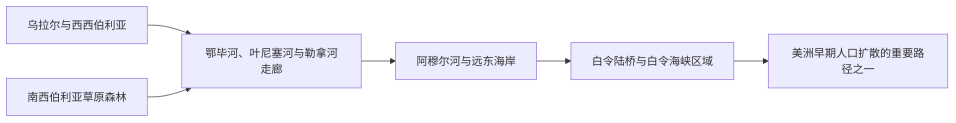
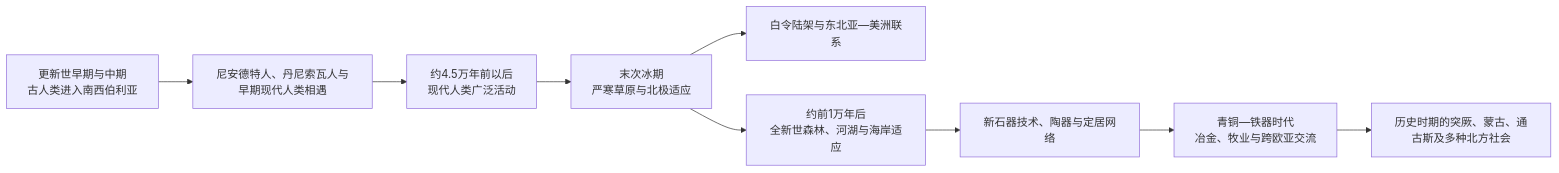
One commit to tianlan-dev/learning-notes changed the diagram in 人文科学/历史/北亚/_通史/北亚自然地理、考古与早期人口.md. Above: the diagram before and after it, drawn with Mermaid. The commit also changed other lines of this file and 1417 other files, not shown here.

````diff
--- a/人文科学/历史/北亚/_通史/北亚自然地理、考古与早期人口.md
+++ b/人文科学/历史/北亚/_通史/北亚自然地理、考古与早期人口.md
@@ -18,8 +34,11 @@
 ```mermaid
 flowchart LR
-    West["乌拉尔与西西伯利亚"] --> Rivers["鄂毕河、叶尼塞河与勒拿河走廊"]
-    South["南西伯利亚草原森林"] --> Rivers
-    Rivers --> FarEast["阿穆尔河与远东海岸"]
-    FarEast --> Beringia["白令陆桥与白令海峡区域"]
-    Beringia --> NorthAmerica["美洲早期人口扩散的重要路径之一"]
+    A["更新世早期与中期<br/>古人类进入南西伯利亚"] --> B["尼安德特人、丹尼索瓦人与早期现代人类相遇"]
+    B --> C["约4.5万年前以后<br/>现代人类广泛活动"]
+    C --> D["末次冰期<br/>严寒草原与北极适应"]
+    D --> E["白令陆架与东北亚—美洲联系"]
+    D --> F["约前1万年后<br/>全新世森林、河湖与海岸适应"]
+    F --> G["新石器技术、陶器与定居网络"]
+    G --> H["青铜—铁器时代<br/>冶金、牧业与跨欧亚交流"]
+    H --> I["历史时期的突厥、蒙古、通古斯及多种北方社会"]
 ```
````
